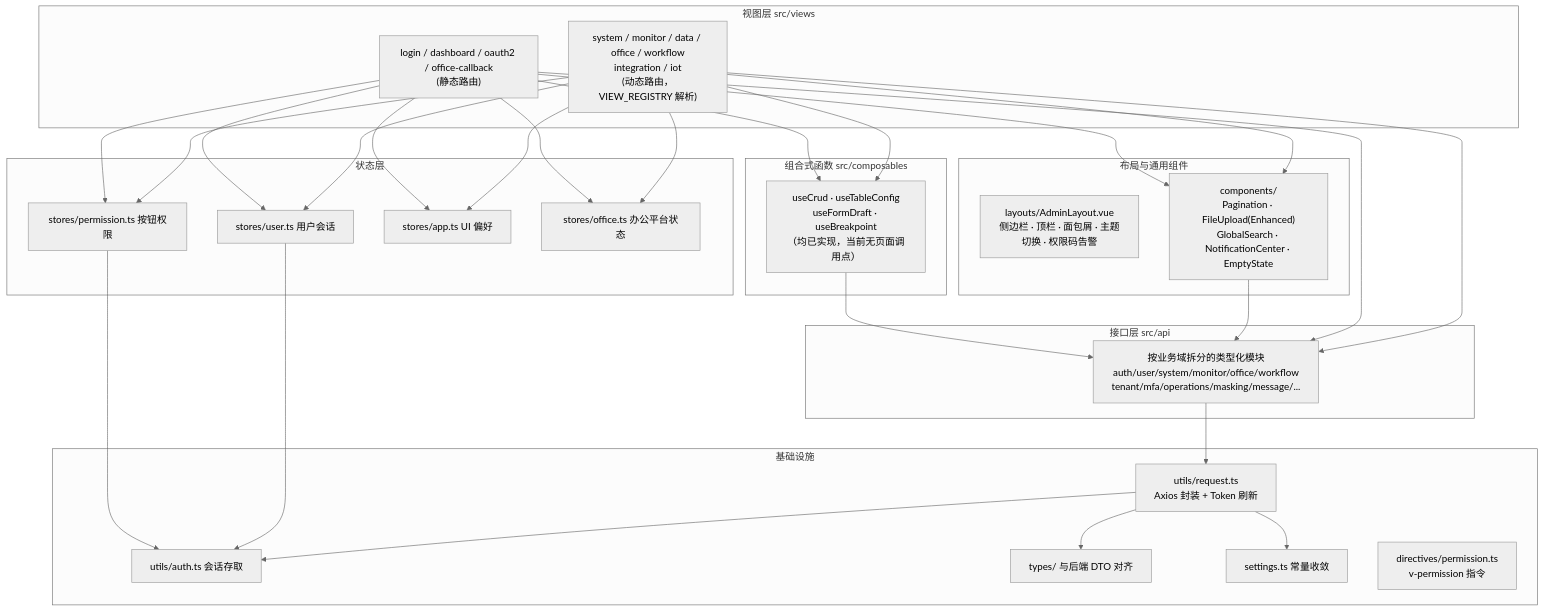
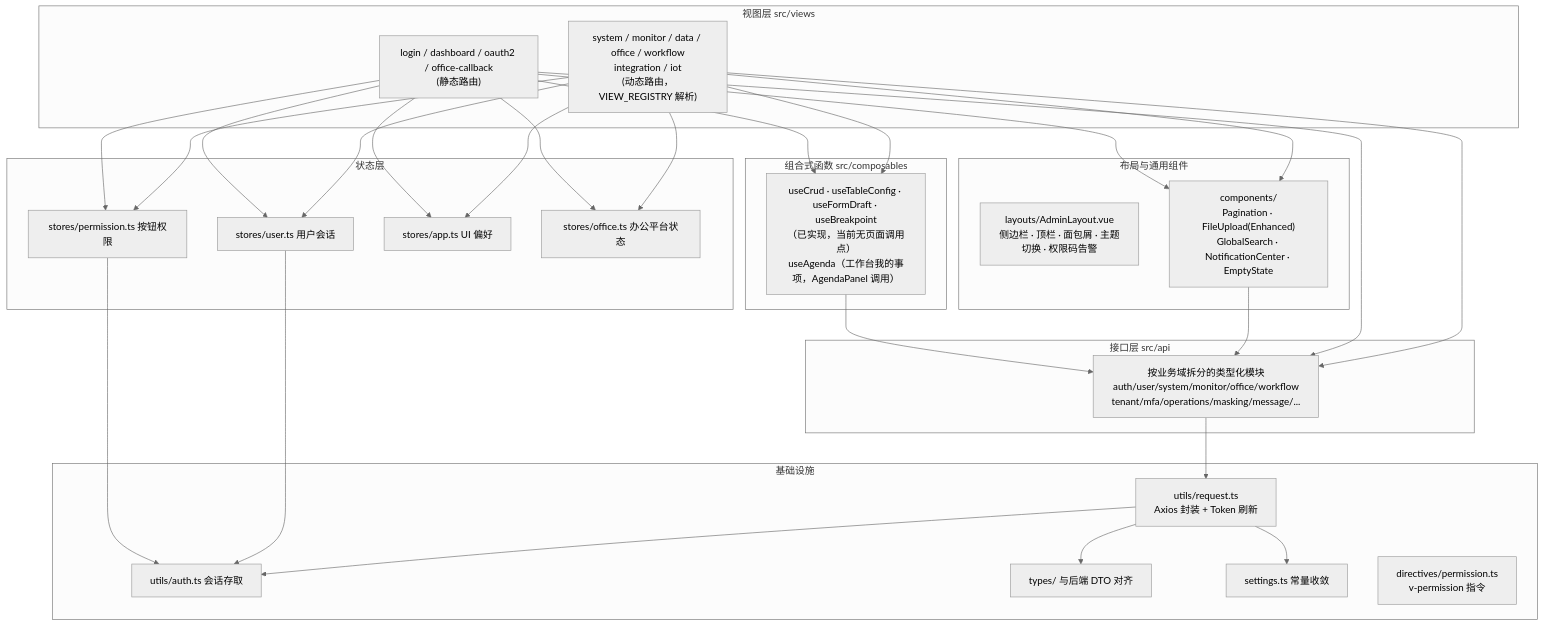
One commit to apex-cloud-service/apex-admin-web changed the second of 4 diagrams in docs/architecture/overview.md. Above: the diagram before and after it, drawn with Mermaid (neutral theme). The commit also changed other lines of this file and 71 other files, not shown here.

````diff
--- a/docs/architecture/overview.md
+++ b/docs/architecture/overview.md
@@ -68,44 +68,44 @@
 ```mermaid
 flowchart TB
     subgraph Views["视图层 src/views"]
         V1["system / monitor / data / office / workflow<br/>integration / iot<br/>(动态路由，VIEW_REGISTRY 解析)"]
         V2["login / dashboard / oauth2 / office-callback<br/>(静态路由)"]
     end
 
     subgraph Layout["布局与通用组件"]
         L1["layouts/AdminLayout.vue<br/>侧边栏 · 顶栏 · 面包屑 · 主题切换 · 权限码告警"]
         L2["components/<br/>Pagination · FileUpload(Enhanced)<br/>GlobalSearch · NotificationCenter · EmptyState"]
     end
 
     subgraph State["状态层"]
         S1["stores/user.ts 用户会话"]
         S2["stores/permission.ts 按钮权限"]
         S3["stores/app.ts UI 偏好"]
         S4["stores/office.ts 办公平台状态"]
     end
 
     subgraph Compose["组合式函数 src/composables"]
-        C1["useCrud · useTableConfig<br/>useFormDraft · useBreakpoint<br/>（均已实现，当前无页面调用点）"]
+        C1["useCrud · useTableConfig · useFormDraft · useBreakpoint<br/>（已实现，当前无页面调用点）<br/>useAgenda（工作台我的事项，AgendaPanel 调用）"]
     end
 
     subgraph Api["接口层 src/api"]
         A1["按业务域拆分的类型化模块<br/>auth/user/system/monitor/office/workflow<br/>tenant/mfa/operations/masking/message/..."]
     end
 
     subgraph Infra["基础设施"]
         I1["utils/request.ts<br/>Axios 封装 + Token 刷新"]
         I2["utils/auth.ts 会话存取"]
         I3["types/ 与后端 DTO 对齐"]
         I4["settings.ts 常量收敛"]
         I5["directives/permission.ts<br/>v-permission 指令"]
     end
 
     V1 & V2 --> L2
     V1 & V2 --> S1 & S2 & S3 & S4
     V1 & V2 --> C1
     V1 & V2 & L2 & C1 --> A1
     A1 --> I1
     I1 --> I2 & I4
     S1 & S2 --> I2
     I1 --> I3
 ```
````
